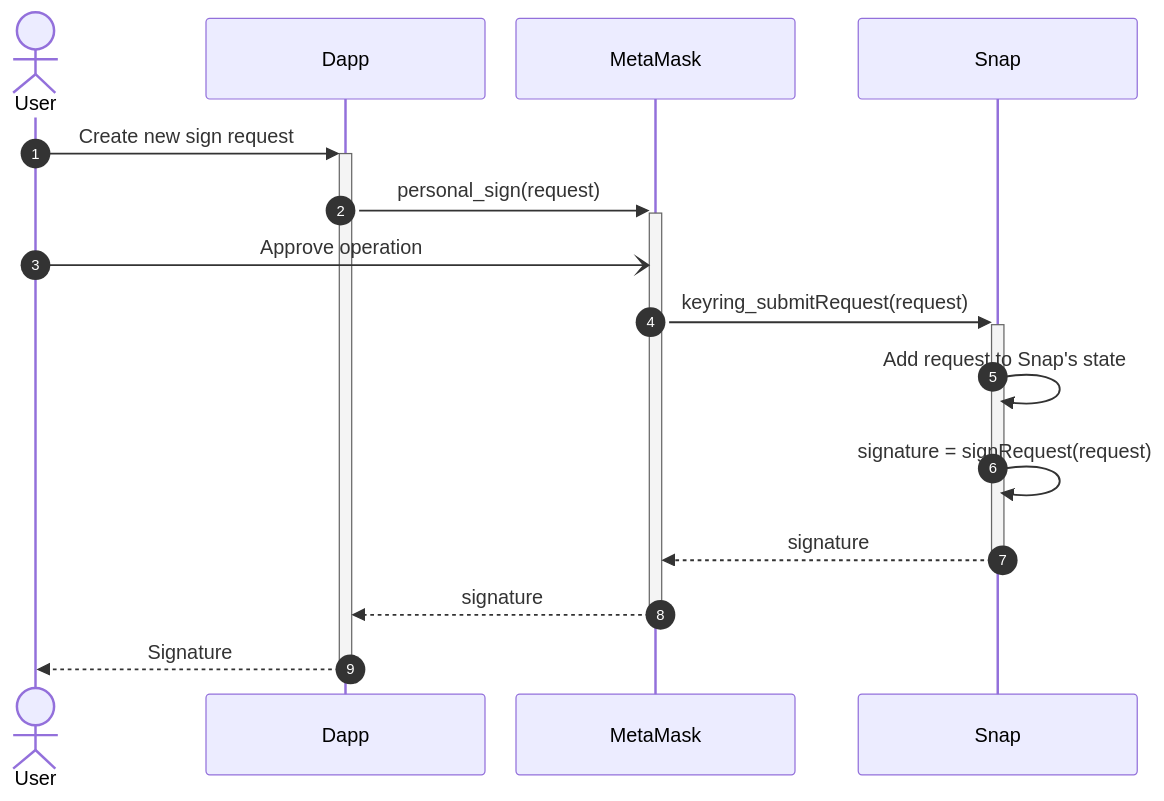
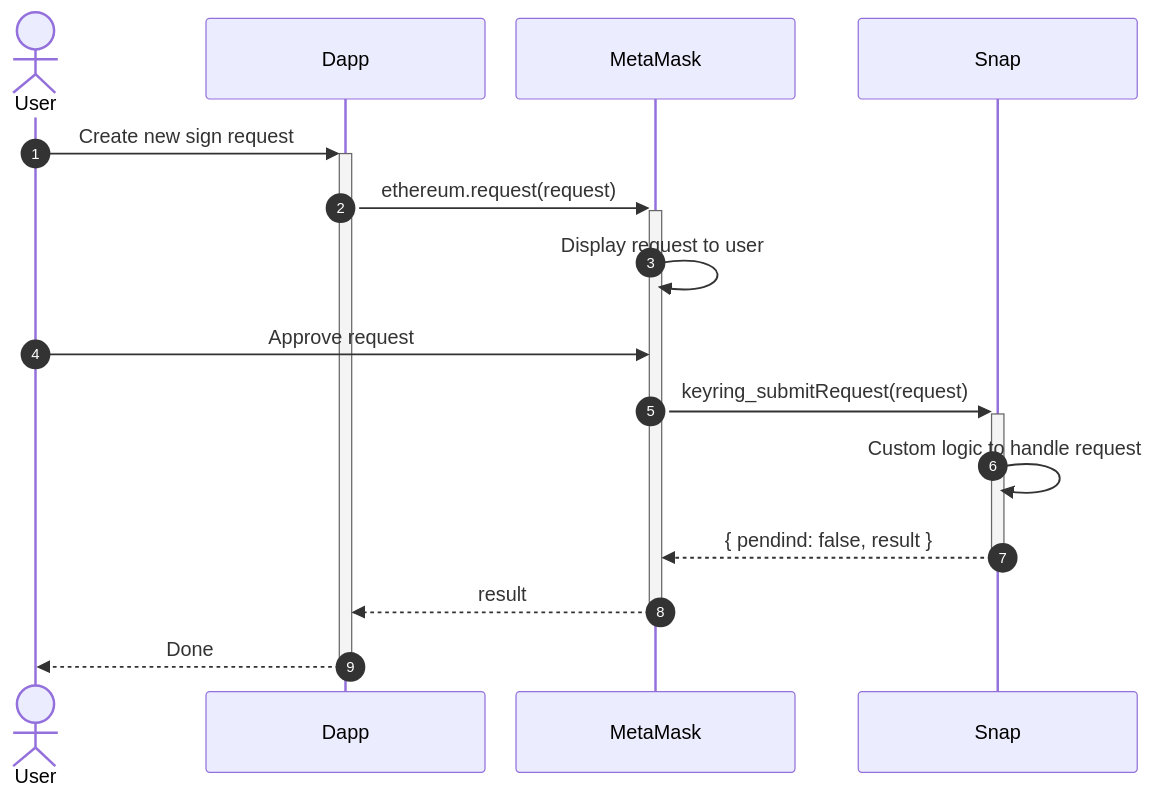
The fourth of 5 diagrams in snaps/concepts/keyring-api.md (MetaMask/metamask-docs), drawn with Mermaid before and after one commit. The commit also changed other lines of this file and 12 other files, not shown here.

````diff
--- a/snaps/concepts/keyring-api.md
+++ b/snaps/concepts/keyring-api.md
@@ -159,31 +186,31 @@
 ```mermaid
 %%{
   init: {
     'sequence': {
       'actorMargin': 25,
       'width': 225
     }
   }
 }%%
 
 sequenceDiagram
-  autonumber
+autonumber
 
-  actor User
-  participant Dapp
-  participant MetaMask
-  participant Snap
+actor User
+participant Dapp
+participant MetaMask
+participant Snap
 
-  User ->>+ Dapp: Create new sign request
-  Dapp ->>+ MetaMask: personal_sign(request)
-  User -) MetaMask: Approve operation
+User ->>+ Dapp: Create new sign request
+Dapp ->>+ MetaMask: ethereum.request(request)
+MetaMask ->> MetaMask: Display request to user
+User ->> MetaMask: Approve request
 
-  MetaMask ->>+ Snap: keyring_submitRequest(request)
-  Snap ->> Snap: Add request to Snap's state
-  Snap ->> Snap: signature = signRequest(request)
-  Snap -->>- MetaMask: signature
+MetaMask ->>+ Snap: keyring_submitRequest(request)
+Snap ->> Snap: Custom logic to handle request
+Snap -->>- MetaMask: { pendind: false, result }
 
-  MetaMask -->>- Dapp: signature
+MetaMask -->>- Dapp: result
 
-  Dapp -->>- User: Signature
+Dapp -->>- User: Done
 ```
````
